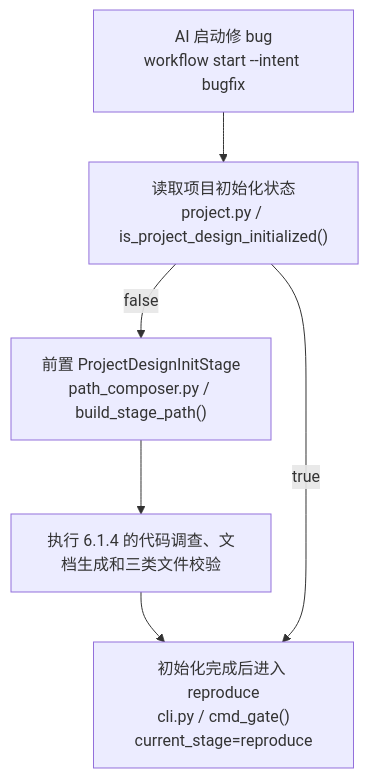
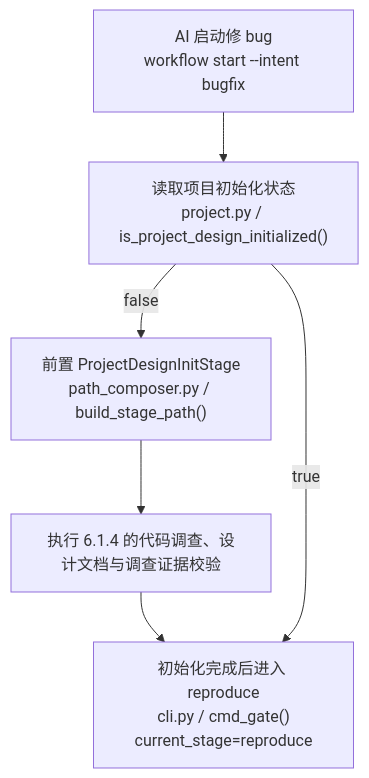
One commit to yuzyf/workflow_loop changed the fifth of 6 diagrams in spec/architecture_code_design.md. Above: the diagram before and after it, drawn with Mermaid. The commit also changed other lines of this file and 60 other files, not shown here.

````diff
--- a/spec/architecture_code_design.md
+++ b/spec/architecture_code_design.md
@@ -327,8 +344,8 @@
 ```mermaid
 flowchart TD
     A["AI 启动修 bug<br/>workflow start --intent bugfix"] --> B["读取项目初始化状态<br/>project.py / is_project_design_initialized()"]
     B -->|false| C["前置 ProjectDesignInitStage<br/>path_composer.py / build_stage_path()"]
-    C --> D["执行 6.1.4 的代码调查、文档生成和三类文件校验"]
+    C --> D["执行 6.1.4 的代码调查、设计文档与调查证据校验"]
     D --> E["初始化完成后进入 reproduce<br/>cli.py / cmd_gate()<br/>current_stage=reproduce"]
     B -->|true| E
 ```
````
